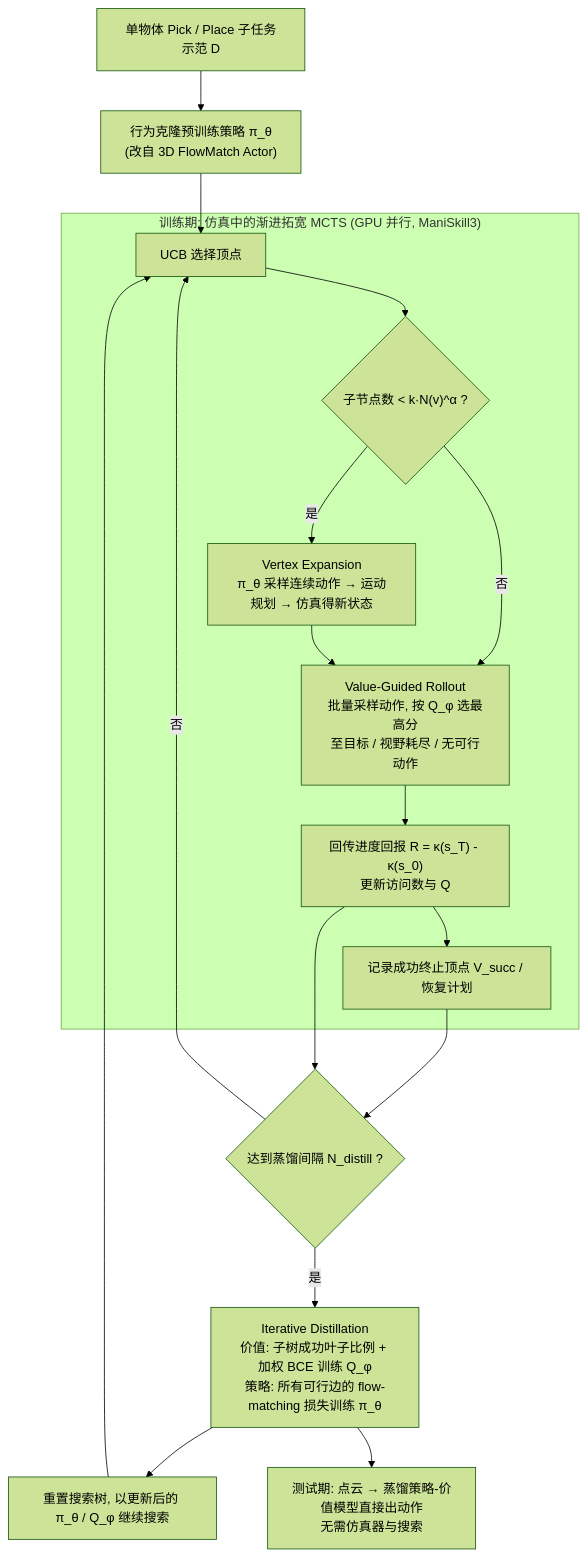
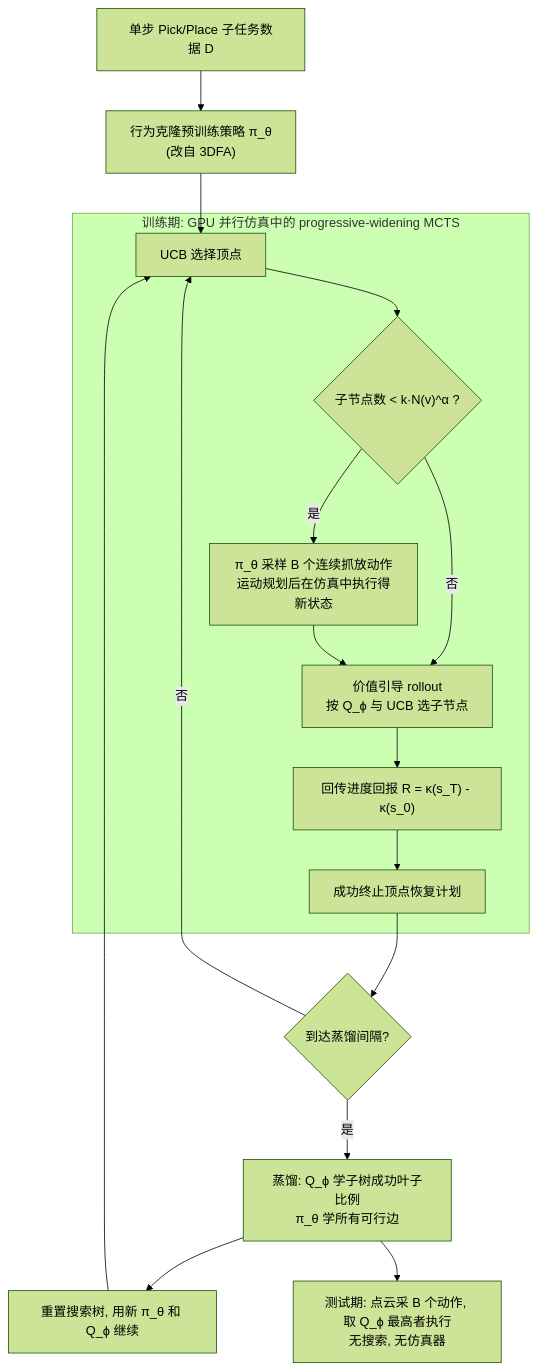
One commit to ImChong/Robotics_Notebooks changed the diagram in wiki/entities/paper-distilled-tree-search-multi-object-rearrangement.md. Above: the diagram before and after it, drawn with Mermaid (forest theme). The commit also changed other lines of this file and 196 other files, not shown here.

````diff
--- a/wiki/entities/paper-distilled-tree-search-multi-object-rearrangement.md
+++ b/wiki/entities/paper-distilled-tree-search-multi-object-rearrangement.md
@@ -43,20 +64,19 @@
 ```mermaid
 flowchart TD
-    DEMO["单物体 Pick / Place 子任务示范 D"] --> BC["行为克隆预训练策略 π_θ<br/>(改自 3D FlowMatch Actor)"]
+    D["单步 Pick/Place 子任务数据 D"] --> BC["行为克隆预训练策略 π_θ<br/>(改自 3DFA)"]
     BC --> SEL
-    subgraph SEARCH["训练期: 仿真中的渐进拓宽 MCTS (GPU 并行, ManiSkill3)"]
+    subgraph SEARCH["训练期: GPU 并行仿真中的 progressive-widening MCTS"]
         SEL["UCB 选择顶点"] --> PWC{"子节点数 < k·N(v)^α ?"}
-        PWC -- 是 --> EXP["Vertex Expansion<br/>π_θ 采样连续动作 → 运动规划 → 仿真得新状态"]
+        PWC -- 是 --> EXP["π_θ 采样 B 个连续抓放动作<br/>运动规划后在仿真中执行得新状态"]
         PWC -- 否 --> ROLL
-        EXP --> ROLL["Value-Guided Rollout<br/>批量采样动作, 按 Q_φ 选最高分<br/>至目标 / 视野耗尽 / 无可行动作"]
-        ROLL --> BP["回传进度回报 R = κ(s_T) - κ(s_0)<br/>更新访问数与 Q"]
-        BP --> SUCC["记录成功终止顶点 V_succ / 恢复计划"]
+        EXP --> ROLL["价值引导 rollout<br/>按 Q_ϕ 与 UCB 选子节点"]
+        ROLL --> BP["回传进度回报 R = κ(s_T) - κ(s_0)"]
+        BP --> SUCC["成功终止顶点恢复计划"]
     end
-    SUCC --> DIS{"达到蒸馏间隔 N_distill ?"}
-    BP --> DIS
+    SUCC --> DIS{"到达蒸馏间隔?"}
     DIS -- 否 --> SEL
-    DIS -- 是 --> DST["Iterative Distillation<br/>价值: 子树成功叶子比例 + 加权 BCE 训练 Q_φ<br/>策略: 所有可行边的 flow-matching 损失训练 π_θ"]
-    DST --> RST["重置搜索树, 以更新后的 π_θ / Q_φ 继续搜索"]
+    DIS -- 是 --> DST["蒸馏: Q_ϕ 学子树成功叶子比例<br/>π_θ 学所有可行边"]
+    DST --> RST["重置搜索树, 用新 π_θ 和 Q_ϕ 继续"]
     RST --> SEL
-    DST --> DEP["测试期: 点云 → 蒸馏策略-价值模型直接出动作<br/>无需仿真器与搜索"]
+    DST --> DEP["测试期: 点云采 B 个动作, 取 Q_ϕ 最高者执行<br/>无搜索, 无仿真器"]
 ```
````
